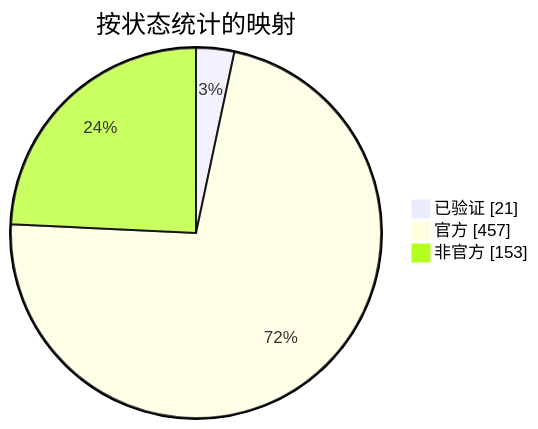
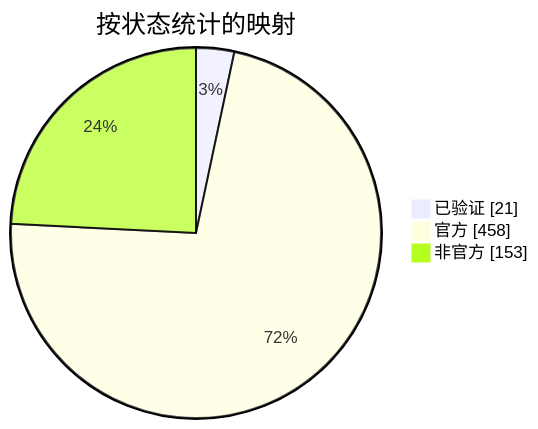
One commit to nobrega8/mbmap-library changed the diagram in docs/readme/README_ZHS.md. Above: the diagram before and after it, drawn with Mermaid. The commit also changed 6 other files, not shown here.

````diff
--- a/docs/readme/README_ZHS.md
+++ b/docs/readme/README_ZHS.md
@@ -54,7 +54,7 @@
 ```mermaid
 pie showData
     title 按状态统计的映射
     "已验证" : 21
-    "官方" : 457
+    "官方" : 458
     "非官方" : 153
 ```
````
